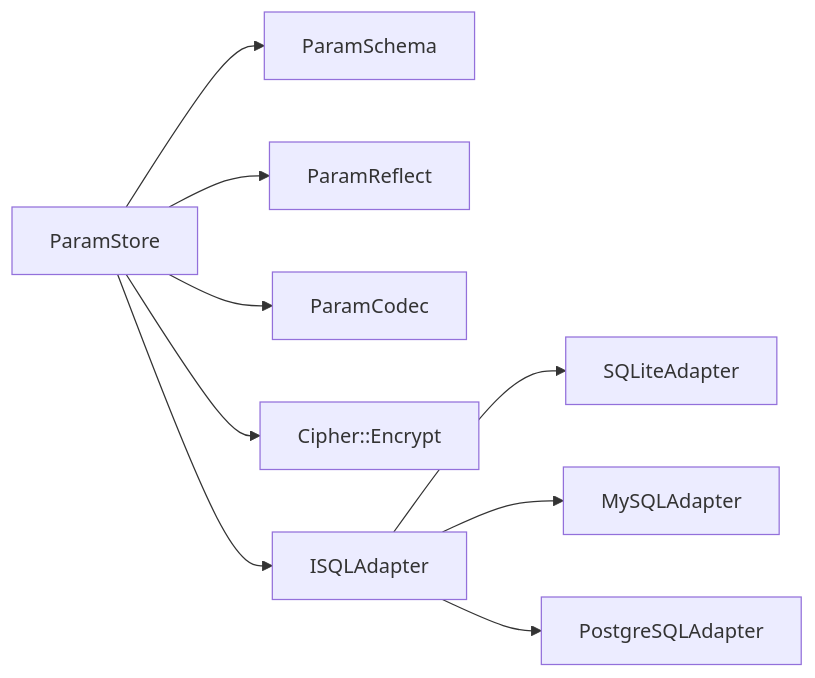
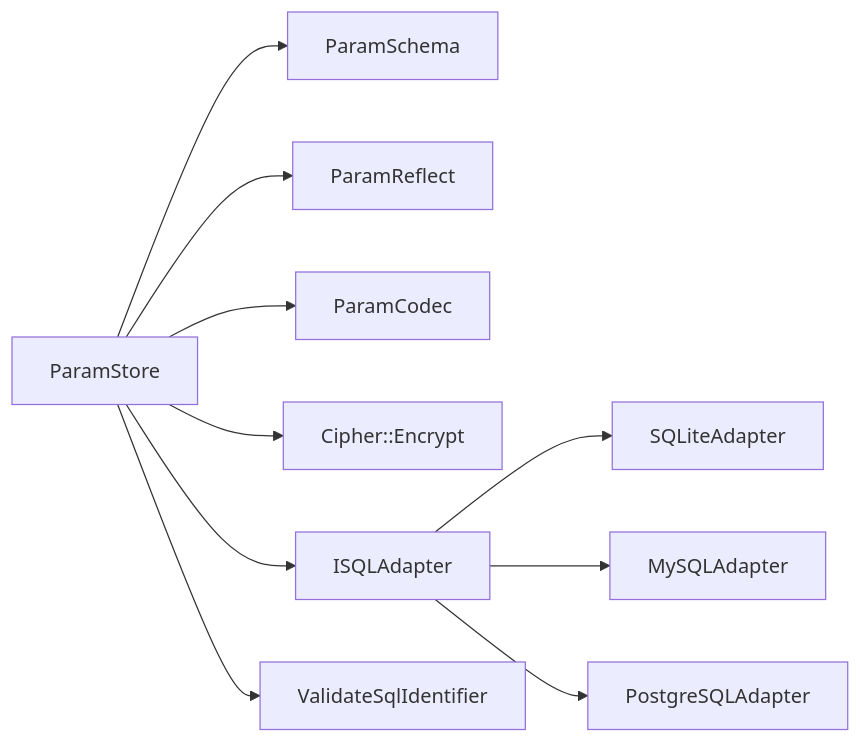
The eighth of 8 diagrams in .qoder/repowiki/zh/content/核心模块详解/文件操作模块 (File Operator)/参数存储系统 (ParamStore).md (hsmbanlance/HsBaSlicer), drawn with Mermaid before and after one commit. The commit also changed other lines of this file and 28 other files, not shown here.

````diff
--- a/.qoder/repowiki/zh/content/核心模块详解/文件操作模块 (File Operator)/参数存储系统 (ParamStore).md
+++ b/.qoder/repowiki/zh/content/核心模块详解/文件操作模块 (File Operator)/参数存储系统 (ParamStore).md
@@ -372,11 +472,12 @@
 ```mermaid
 graph LR
 A["ParamStore"] --> B["ParamSchema"]
 A --> C["ParamReflect"]
 A --> D["ParamCodec"]
 A --> E["Cipher::Encrypt"]
 A --> F["ISQLAdapter"]
-F --> G["SQLiteAdapter"]
-F --> H["MySQLAdapter"]
-F --> I["PostgreSQLAdapter"]
+A --> G["ValidateSqlIdentifier"]
+F --> H["SQLiteAdapter"]
+F --> I["MySQLAdapter"]
+F --> J["PostgreSQLAdapter"]
 ```
````
